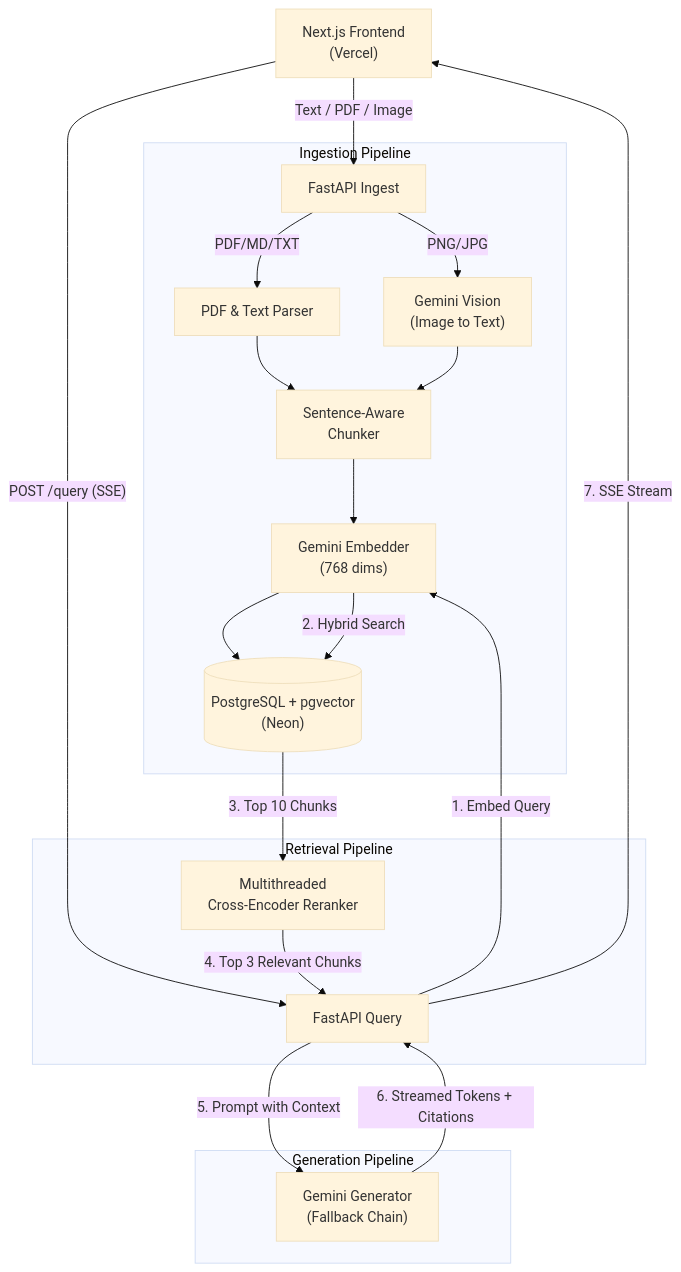
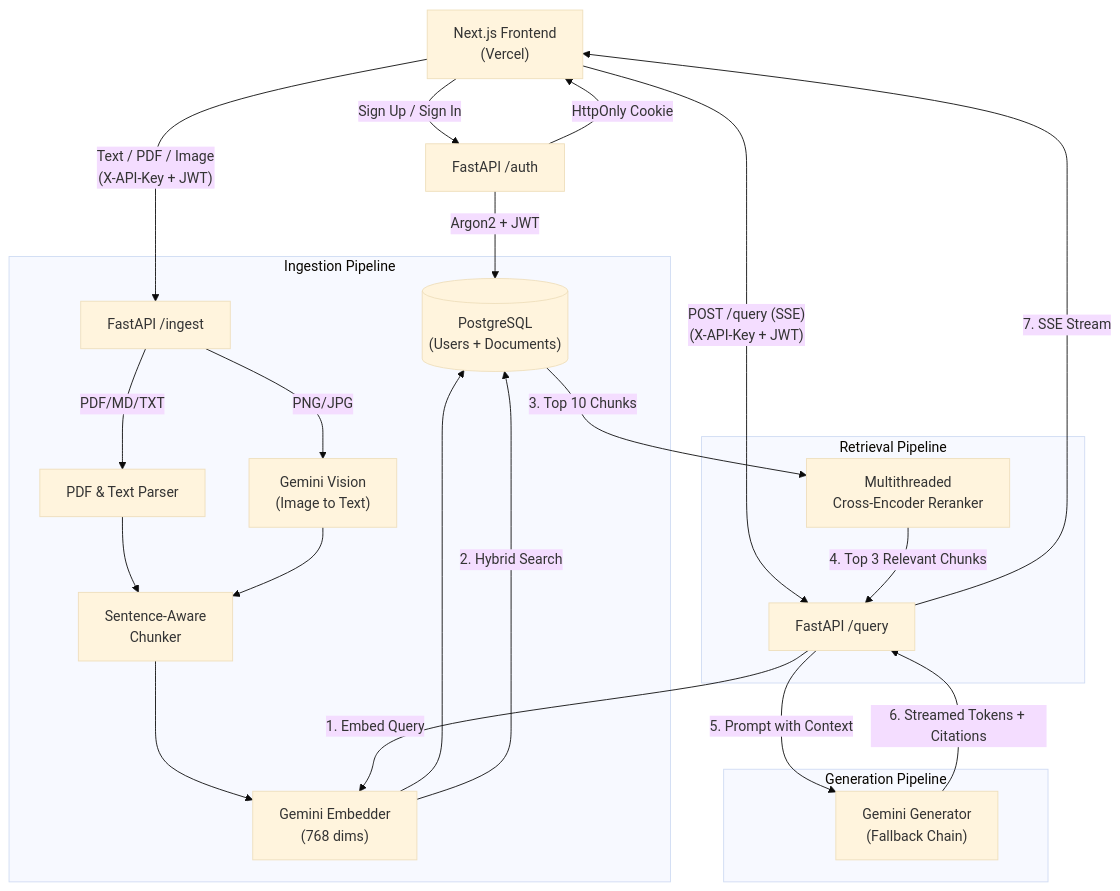
The diagram in README.md (shaurya-10000/rag-evals), drawn with Mermaid (base theme) before and after one commit. The commit also changed other lines of this file and 22 other files, not shown here.

Commit message:
feat(auth): add self-hosted JWT auth, Argon2 hashing, rate limiting, and security hardening

````diff
--- a/README.md
+++ b/README.md
@@ -52,29 +53,33 @@
 ```mermaid
 flowchart TD
-    Client["Next.js Frontend\n(Vercel)"] -->|"Text / PDF / Image"| IngestAPI["FastAPI Ingest"]
+    Client["Next.js Frontend\n(Vercel)"] -->|"Sign Up / Sign In"| AuthAPI["FastAPI /auth"]
+    AuthAPI -->|"Argon2 + JWT"| DB[("PostgreSQL\n(Users + Documents)")]
+    AuthAPI -->|"HttpOnly Cookie"| Client
+
+    Client -->|"Text / PDF / Image\n(X-API-Key + JWT)"| IngestAPI["FastAPI /ingest"]
 
     subgraph "Ingestion Pipeline"
         IngestAPI -->|"PDF/MD/TXT"| PDFParser["PDF & Text Parser"]
         IngestAPI -->|"PNG/JPG"| VisionAPI["Gemini Vision\n(Image to Text)"]
         PDFParser --> Chunker["Sentence-Aware\nChunker"]
         VisionAPI --> Chunker
         Chunker --> Embedder["Gemini Embedder\n(768 dims)"]
-        Embedder --> DB[("PostgreSQL + pgvector\n(Neon)")]
+        Embedder --> DB
     end
 
-    Client -->|"POST /query (SSE)"| QueryAPI["FastAPI Query"]
+    Client -->|"POST /query (SSE)\n(X-API-Key + JWT)"| QueryAPI["FastAPI /query"]
 
     subgraph "Retrieval Pipeline"
         QueryAPI -->|"1. Embed Query"| Embedder
         Embedder -->|"2. Hybrid Search"| DB
         DB -->|"3. Top 10 Chunks"| Reranker["Multithreaded\nCross-Encoder Reranker"]
         Reranker -->|"4. Top 3 Relevant Chunks"| QueryAPI
     end
 
     subgraph "Generation Pipeline"
         QueryAPI -->|"5. Prompt with Context"| LLM["Gemini Generator\n(Fallback Chain)"]
     end
 
     LLM -->|"6. Streamed Tokens + Citations"| QueryAPI
     QueryAPI -->|"7. SSE Stream"| Client
 ```
````
